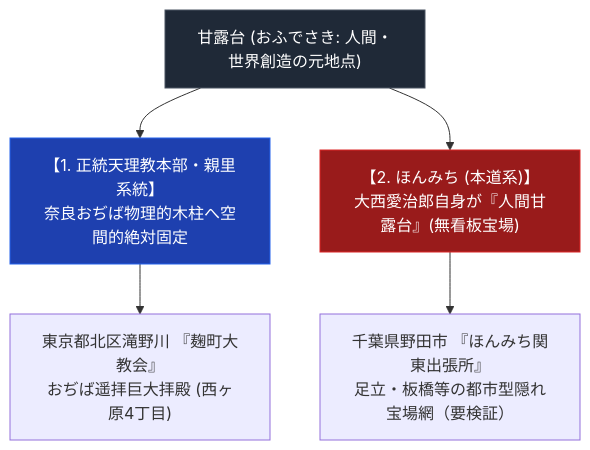
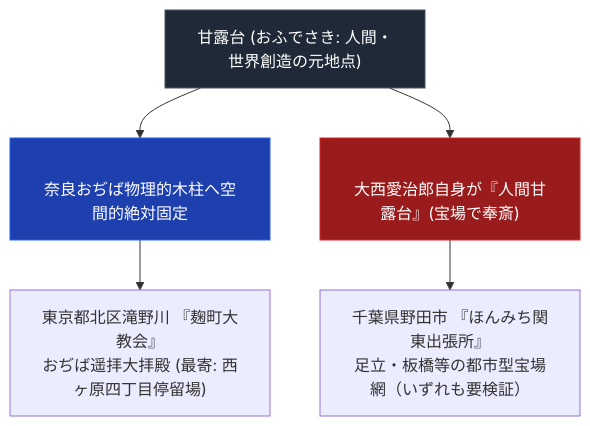
The diagram in content/01_宗派・異端研究/08_比較・史論・ハブ/関東の甘露台.md (iida-masashi/religion-garden), drawn with Mermaid before and after one commit. The commit also changed other lines of this file and 251 other files, not shown here.

````diff
--- a/content/01_宗派・異端研究/08_比較・史論・ハブ/関東の甘露台.md
+++ b/content/01_宗派・異端研究/08_比較・史論・ハブ/関東の甘露台.md
@@ -25,12 +25,12 @@
 ```mermaid
 graph TD
-    A["<div style='color:#ffffff;'>甘露台 (おふでさき: 人間・世界創造の元地点)</div>"] --> B["<div style='color:#ffffff;'>【1. 正統天理教本部・親里系統】<br>奈良おぢば物理的木柱へ空間的絶対固定</div>"]
-    A --> C["<div style='color:#ffffff;'>【2. ほんみち (本道系)】<br>大西愛治郎自身が『人間甘露台』(無看板宝場)</div>"]
-    
-    B --> B1["東京都北区滝野川 『麹町大教会』<br>おぢば遥拝巨大拝殿 (西ヶ原4丁目)"]
-    C --> C1["千葉県野田市 『ほんみち関東出張所』<br>足立・板橋等の都市型隠れ宝場網（要検証）"]
-    
-    style A fill:#1f2937,stroke:#4b5563,color:#fff
-    style B fill:#1e40af,stroke:#2563eb,color:#fff
-    style C fill:#991b1b,stroke:#dc2626,color:#fff
+A["<div style='color:#ffffff;'>甘露台 (おふでさき: 人間・世界創造の元地点)</div>"] --> B["<div style='color:#ffffff;'><br>奈良おぢば物理的木柱へ空間的絶対固定</div>"]
+A --> C["<div style='color:#ffffff;'><br>大西愛治郎自身が『人間甘露台』(宝場で奉斎)</div>"]
+
+B --> B1["東京都北区滝野川 『麹町大教会』<br>おぢば遥拝大拝殿 (最寄: 西ヶ原四丁目停留場)"]
+C --> C1["千葉県野田市 『ほんみち関東出張所』<br>足立・板橋等の都市型宝場網（いずれも要検証）"]
+
+style A fill:#1f2937,stroke:#4b5563,color:#fff
+style B fill:#1e40af,stroke:#2563eb,color:#fff
+style C fill:#991b1b,stroke:#dc2626,color:#fff
 ```
````
